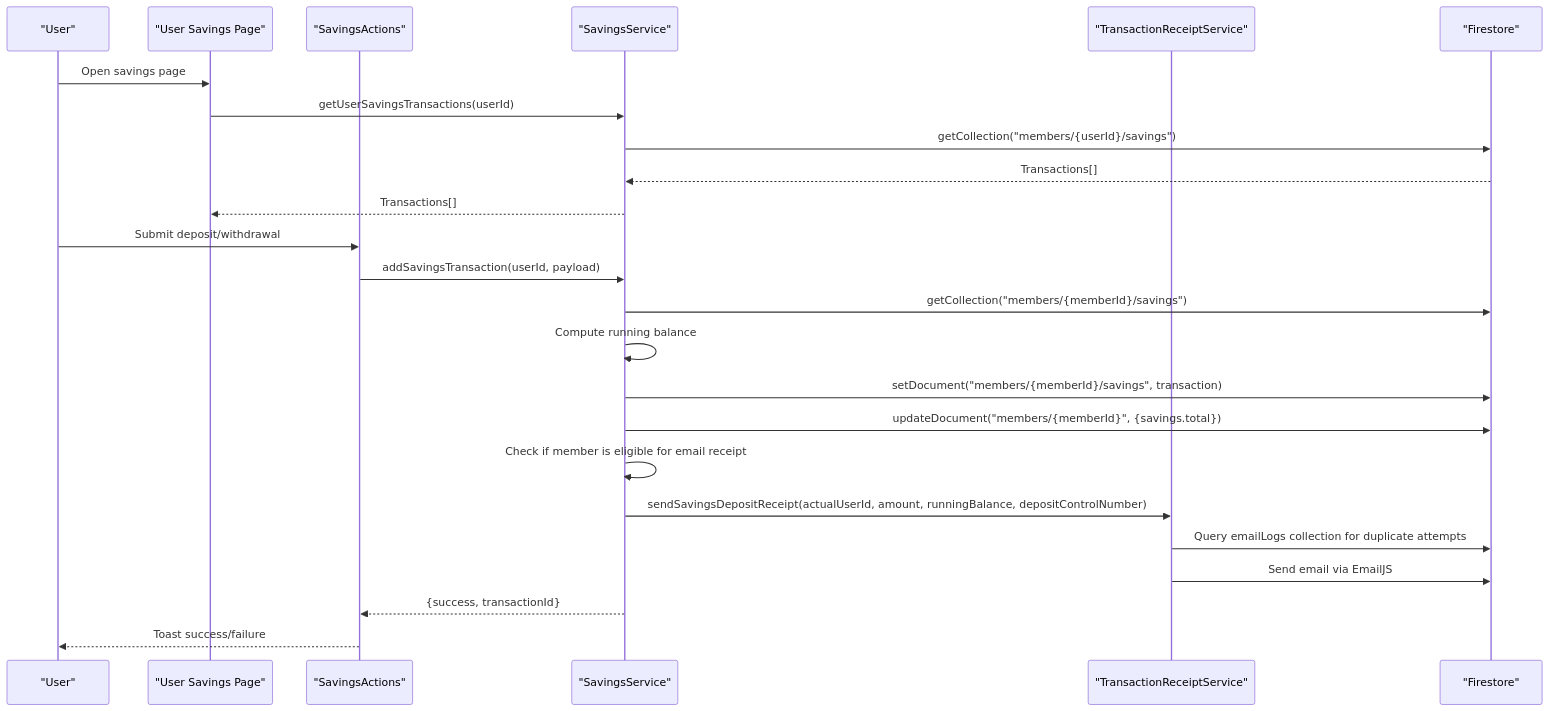
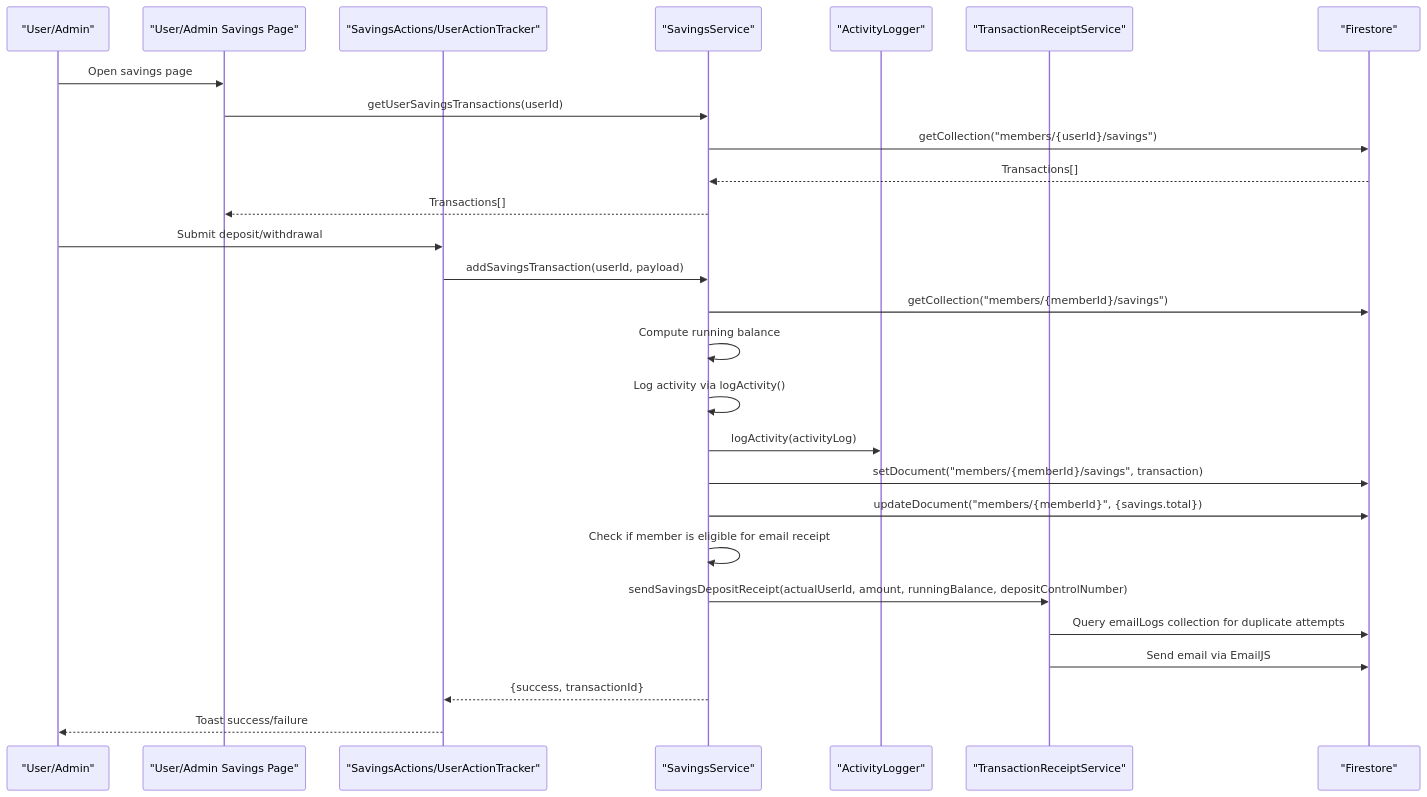
Before and after one commit to Unsure-bry/sampacoop_system: the second of 20 diagrams in .qoder/repowiki/en/content/Savings Management System/Savings Management System.md, drawn with Mermaid. The commit also changed other lines of this file and 24 other files, not shown here.

````diff
--- a/.qoder/repowiki/en/content/Savings Management System/Savings Management System.md
+++ b/.qoder/repowiki/en/content/Savings Management System/Savings Management System.md
@@ -156,26 +171,29 @@
 ```mermaid
 sequenceDiagram
-participant U as "User"
-participant UI as "User Savings Page"
-participant SA as "SavingsActions"
+participant U as "User/Admin"
+participant UI as "User/Admin Savings Page"
+participant SA as "SavingsActions/UserActionTracker"
 participant SS as "SavingsService"
+participant AL as "ActivityLogger"
 participant TRS as "TransactionReceiptService"
 participant FS as "Firestore"
 U->>UI : Open savings page
 UI->>SS : getUserSavingsTransactions(userId)
 SS->>FS : getCollection("members/{userId}/savings")
 FS-->>SS : Transactions[]
 SS-->>UI : Transactions[]
 U->>SA : Submit deposit/withdrawal
 SA->>SS : addSavingsTransaction(userId, payload)
 SS->>FS : getCollection("members/{memberId}/savings")
 SS->>SS : Compute running balance
+SS->>SS : Log activity via logActivity()
+SS->>AL : logActivity(activityLog)
 SS->>FS : setDocument("members/{memberId}/savings", transaction)
 SS->>FS : updateDocument("members/{memberId}", {savings.total})
 SS->>SS : Check if member is eligible for email receipt
 SS->>TRS : sendSavingsDepositReceipt(actualUserId, amount, runningBalance, depositControlNumber)
 TRS->>FS : Query emailLogs collection for duplicate attempts
 TRS->>FS : Send email via EmailJS
 SS-->>SA : {success, transactionId}
 SA-->>U : Toast success/failure
 ```
````
